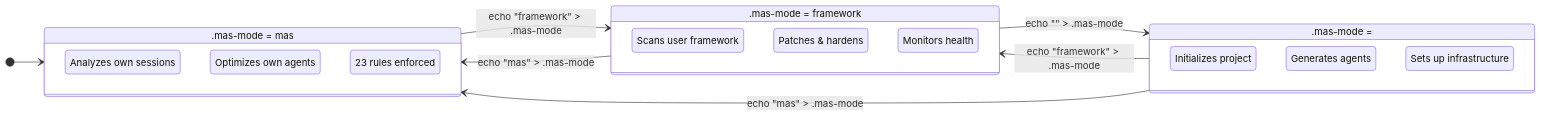
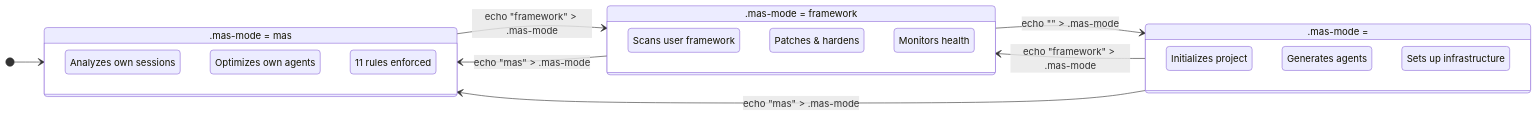
The fourth of 6 diagrams in README.md (mczardybon/mas-engineer), drawn with Mermaid before and after one commit. The commit also changed other lines of this file and 7 other files, not shown here.

````diff
--- a/README.md
+++ b/README.md
@@ -299,30 +299,30 @@
 ```mermaid
 stateDiagram-v2
     direction LR
     state ".mas-mode = mas" as MAS
     state ".mas-mode = framework" as FW
     state ".mas-mode = <project>" as GEN
 
     [*] --> MAS
     MAS --> FW: echo "framework" > .mas-mode
     FW --> GEN: echo "<project>" > .mas-mode
     GEN --> FW: echo "framework" > .mas-mode
     FW --> MAS: echo "mas" > .mas-mode
     GEN --> MAS: echo "mas" > .mas-mode
 
     state MAS {
         M1 : Analyzes own sessions
         M2 : Optimizes own agents
-        M3 : 23 rules enforced
+        M3 : 11 rules enforced
     }
     state FW {
         F1 : Scans user framework
         F2 : Patches & hardens
         F3 : Monitors health
     }
     state GEN {
         G1 : Initializes project
         G2 : Generates agents
         G3 : Sets up infrastructure
     }
 ```
````
